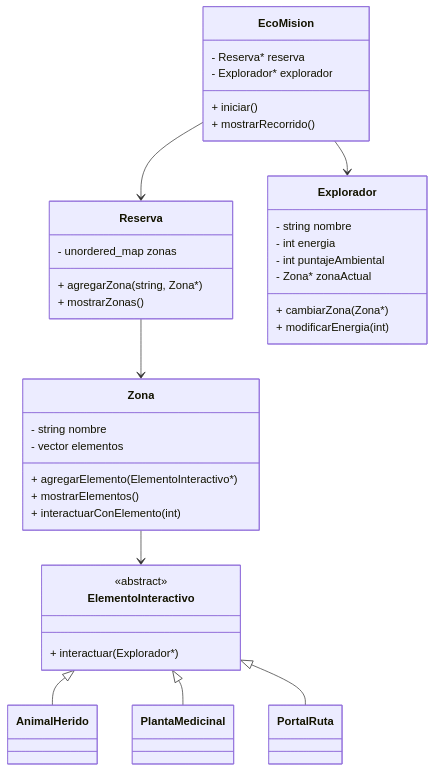
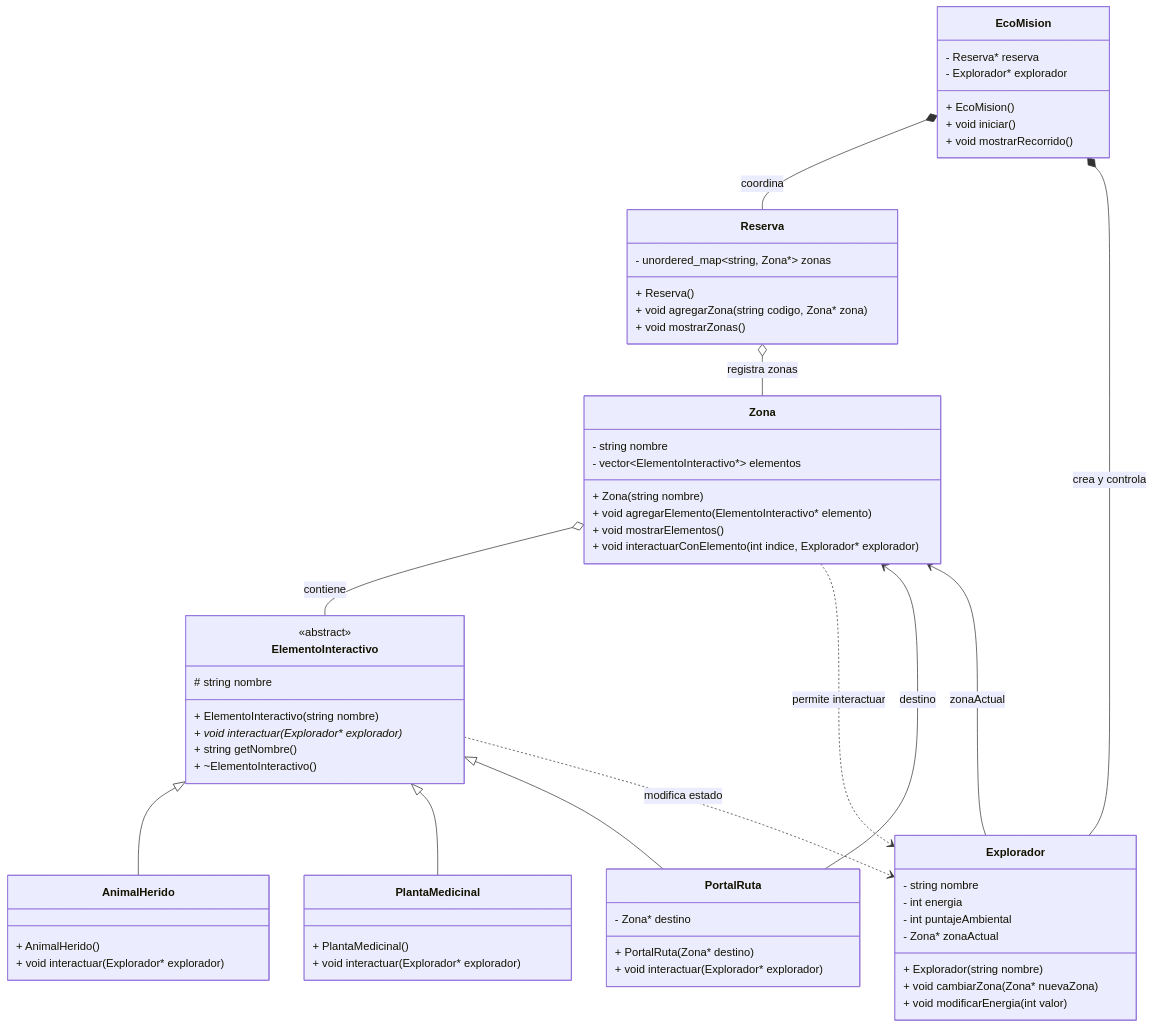
One commit to MineJuan/Proyecto_poo changed the second of 3 diagrams in docs/diseno.md. Above: the diagram before and after it, drawn with Mermaid.

````diff
--- a/docs/diseno.md
+++ b/docs/diseno.md
@@ -47,46 +47,78 @@
 ```mermaid
 classDiagram
+
     class EcoMision {
         - Reserva* reserva
         - Explorador* explorador
-        + iniciar()
-        + mostrarRecorrido()
+        + EcoMision()
+        + void iniciar()
+        + void mostrarRecorrido()
     }
 
     class Reserva {
-        - unordered_map<string, Zona*> zonas
-        + agregarZona(string, Zona*)
-        + mostrarZonas()
+        - unordered_map~string, Zona*~ zonas
+        + Reserva()
+        + void agregarZona(string codigo, Zona* zona)
+        + void mostrarZonas()
     }
 
     class Zona {
         - string nombre
-        - vector<ElementoInteractivo*> elementos
-        + agregarElemento(ElementoInteractivo*)
-        + mostrarElementos()
-        + interactuarConElemento(int) 
+        - vector~ElementoInteractivo*~ elementos
+        + Zona(string nombre)
+        + void agregarElemento(ElementoInteractivo* elemento)
+        + void mostrarElementos()
+        + void interactuarConElemento(int indice, Explorador* explorador)
     }
 
     class Explorador {
         - string nombre
         - int energia
         - int puntajeAmbiental
         - Zona* zonaActual
-        + cambiarZona(Zona*)
-        + modificarEnergia(int)
+        + Explorador(string nombre)
+        + void cambiarZona(Zona* nuevaZona)
+        + void modificarEnergia(int valor)
     }
 
     class ElementoInteractivo {
         <<abstract>>
-        + interactuar(Explorador*)
+        # string nombre
+        + ElementoInteractivo(string nombre)
+        + void interactuar(Explorador* explorador)*
+        + string getNombre()
+        + ~ElementoInteractivo()
     }
+
+    class AnimalHerido {
+        + AnimalHerido()
+        + void interactuar(Explorador* explorador)
+    }
+
+    class PlantaMedicinal {
+        + PlantaMedicinal()
+        + void interactuar(Explorador* explorador)
+    }
+
+    class PortalRuta {
+        - Zona* destino
+        + PortalRuta(Zona* destino)
+        + void interactuar(Explorador* explorador)
+    }
+
+    EcoMision *-- Reserva : coordina
+    EcoMision *-- Explorador : crea y controla
+
+    Reserva o-- Zona : registra zonas
+    Zona o-- ElementoInteractivo : contiene
+
+    Explorador --> Zona : zonaActual
+    PortalRuta --> Zona : destino
 
     ElementoInteractivo <|-- AnimalHerido
     ElementoInteractivo <|-- PlantaMedicinal
     ElementoInteractivo <|-- PortalRuta
 
-    EcoMision --> Reserva
-    EcoMision --> Explorador
-    Reserva --> Zona
-    Zona --> ElementoInteractivo
+    ElementoInteractivo ..> Explorador : modifica estado
+    Zona ..> Explorador : permite interactuar
 ```
````
